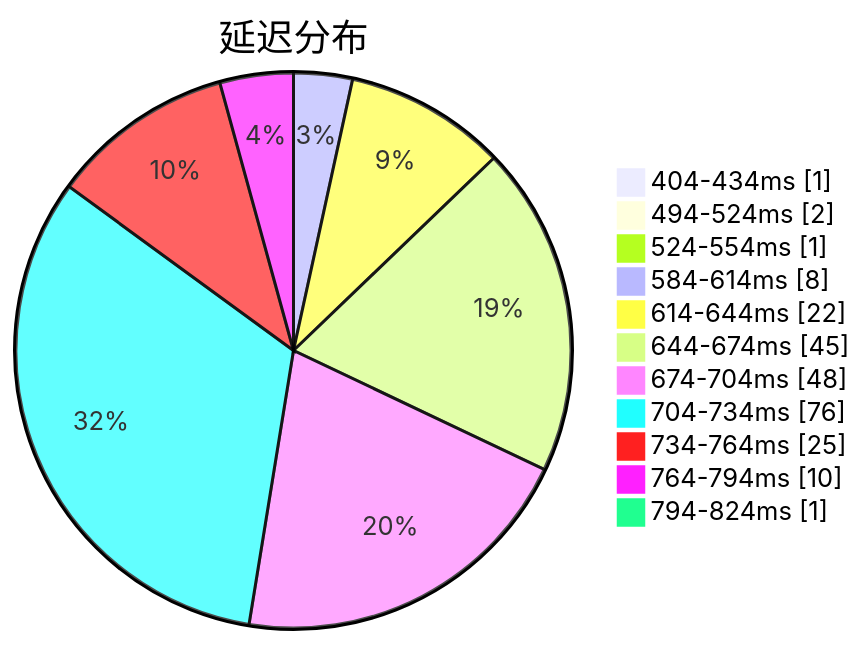
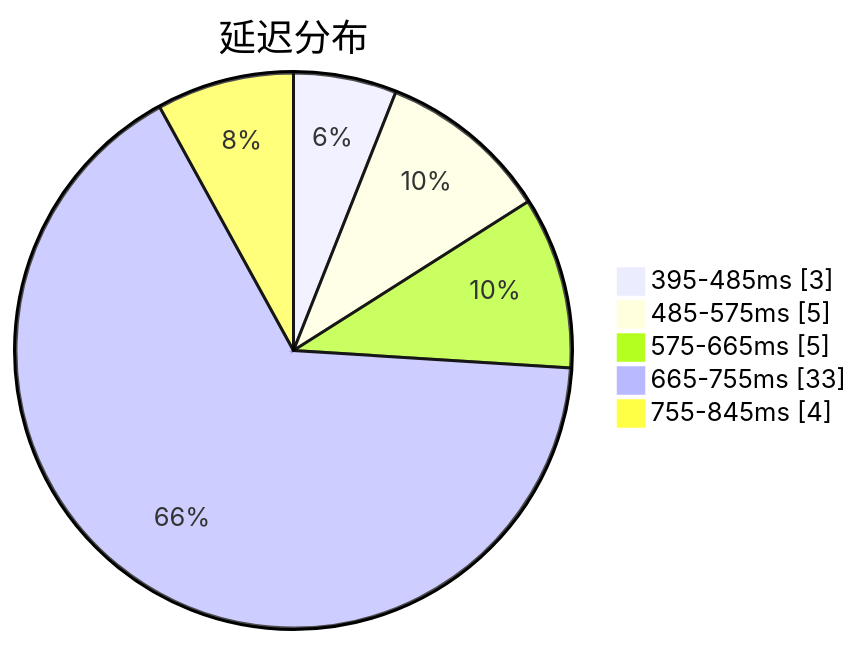
The first of 3 diagrams in subs/statistics/tested_within.md (sinspired/airport), drawn with Mermaid before and after one commit. The commit also changed other lines of this file and 2 other files, not shown here.

````diff
--- a/subs/statistics/tested_within.md
+++ b/subs/statistics/tested_within.md
@@ -2,15 +2,9 @@
 ```mermaid
 pie showData
 title 延迟分布
-"404-434ms" : 1
-"494-524ms" : 2
-"524-554ms" : 1
-"584-614ms" : 8
-"614-644ms" : 22
-"644-674ms" : 45
-"674-704ms" : 48
-"704-734ms" : 76
-"734-764ms" : 25
-"764-794ms" : 10
-"794-824ms" : 1
+"395-485ms" : 3
+"485-575ms" : 5
+"575-665ms" : 5
+"665-755ms" : 33
+"755-845ms" : 4
 ```
````
